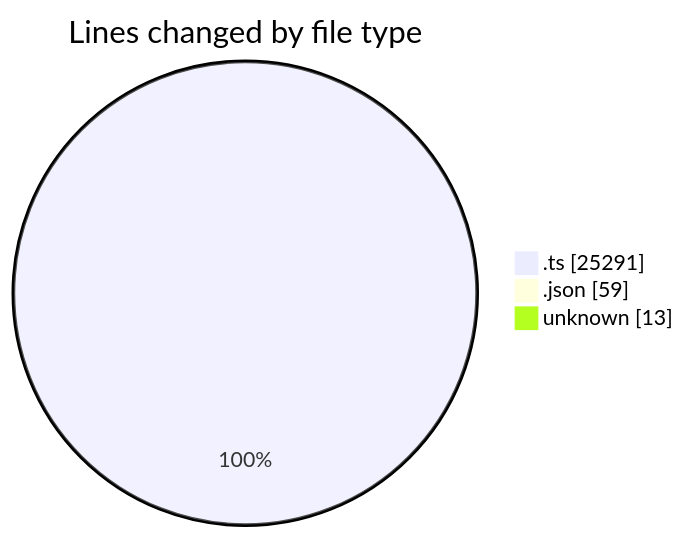
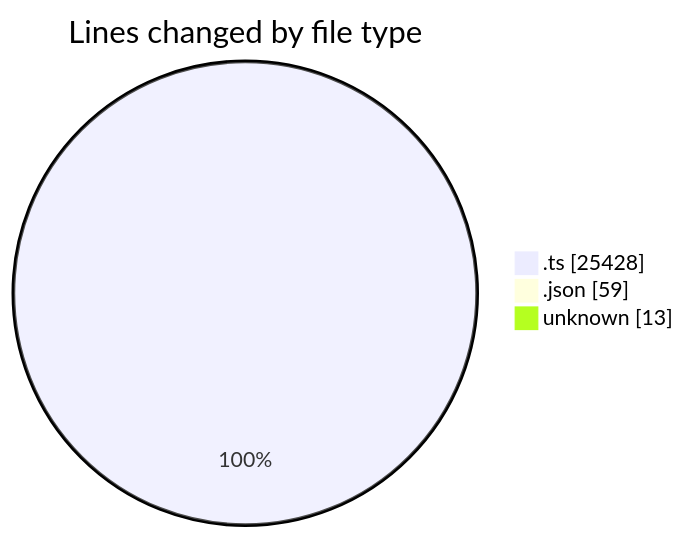
One commit to momahboobian/code-tracking changed the first of 2 diagrams in 2025-09-09/cda/README.md. Above: the diagram before and after it, drawn with Mermaid. The commit also changed other lines of this file and 1 other file, not shown here.

````diff
--- a/2025-09-09/cda/README.md
+++ b/2025-09-09/cda/README.md
@@ -94,7 +94,7 @@
 ```mermaid
 pie showData
 title Lines changed by file type
-".ts" : 25291
+".ts" : 25428
 ".json" : 59
 "unknown" : 13
 ```
````
